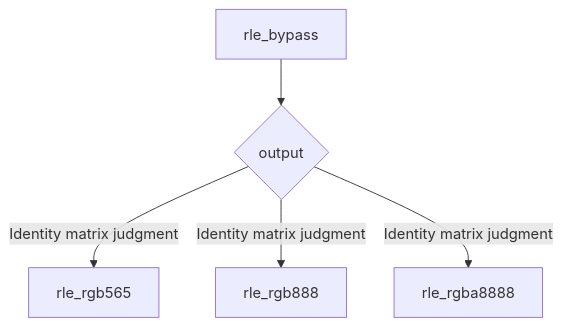
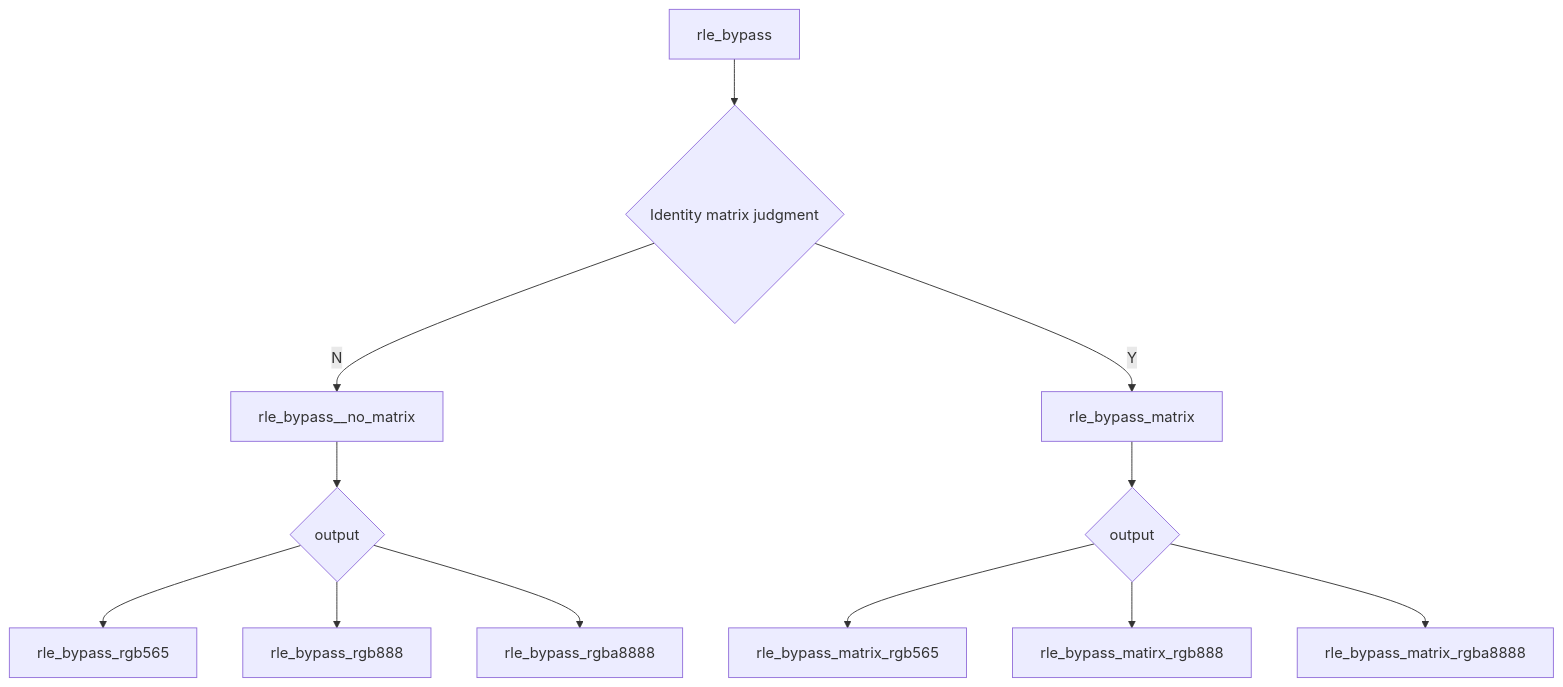
Before and after one commit to realmcu/HoneyGUI: diagram 11 of 19 in doc/source/Design/index.md, drawn with Mermaid. The commit also changed other lines of this file, not shown here.

First line of the commit message:
GUI: sw doc add bypass matrix mode

````diff
--- a/doc/source/Design/index.md
+++ b/doc/source/Design/index.md
@@ -464,7 +464,14 @@
 ```{mermaid}
 graph TD
-rle_bypass --> b{output}
-b --> |Identity matrix judgment| rle_rgb565
-b --> |Identity matrix judgment| rle_rgb888
-b --> |Identity matrix judgment| rle_rgba8888
+rle_bypass --> b{Identity matrix judgment}
+b --> |N|rle_bypass__no_matrix
+rle_bypass__no_matrix -->rle_bypass_no_matrix_output{output}
+rle_bypass_no_matrix_output -->rle_bypass_rgb565
+rle_bypass_no_matrix_output -->rle_bypass_rgb888
+rle_bypass_no_matrix_output -->rle_bypass_rgba8888
+b --> |Y|rle_bypass_matrix
+rle_bypass_matrix --> rle_bypass_matrix_output{output}
+rle_bypass_matrix_output -->rle_bypass_matrix_rgb565
+rle_bypass_matrix_output -->rle_bypass_matirx_rgb888
+rle_bypass_matrix_output -->rle_bypass_matrix_rgba8888
 ```
````
